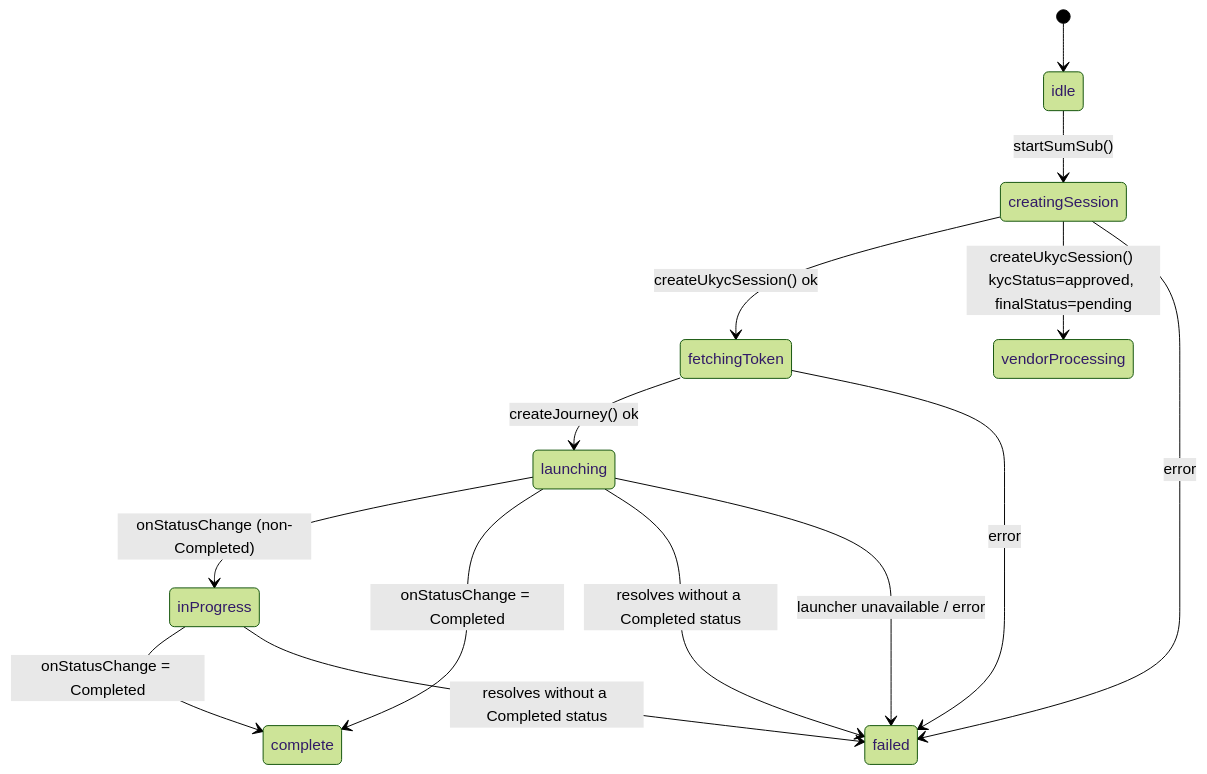
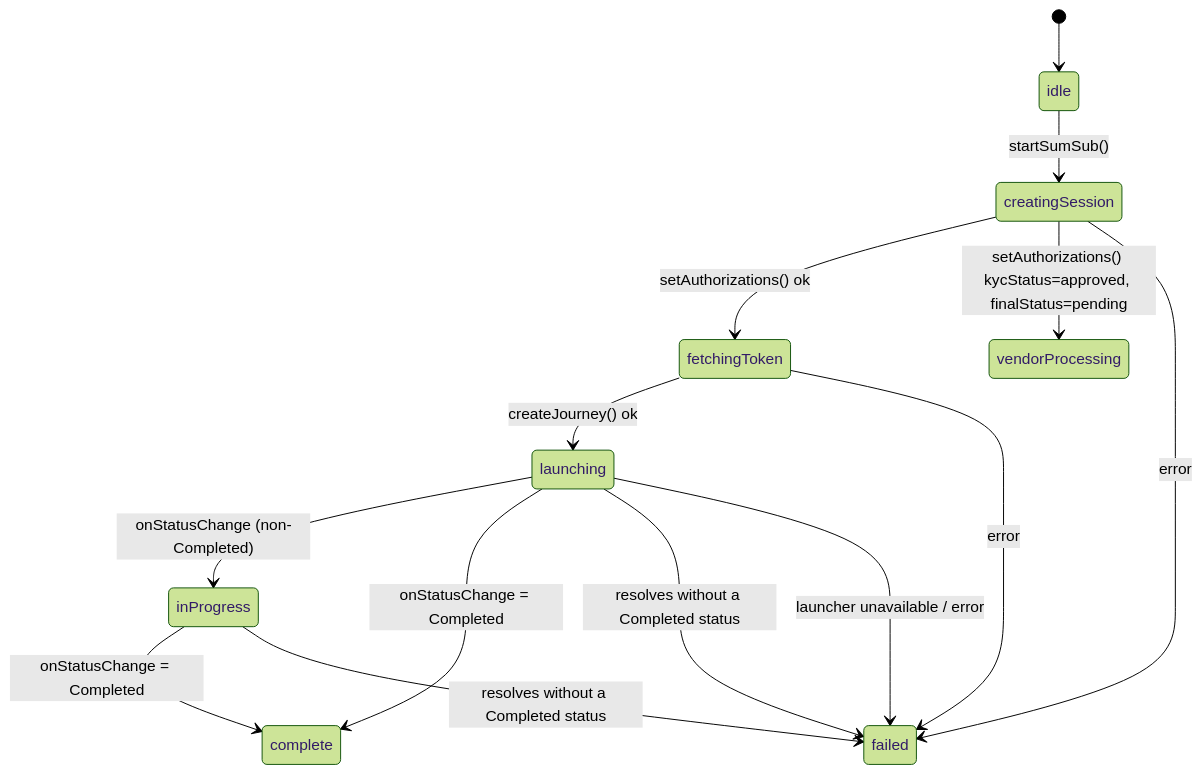
One commit to MetaMask/core changed the seventh of 10 diagrams in packages/kyc-controller/ARCHITECTURE.md. Above: the diagram before and after it, drawn with Mermaid (forest theme). The commit also changed other lines of this file and 11 other files, not shown here.

````diff
--- a/packages/kyc-controller/ARCHITECTURE.md
+++ b/packages/kyc-controller/ARCHITECTURE.md
@@ -461,16 +465,16 @@
 ```mermaid
 stateDiagram-v2
     [*] --> idle
     idle --> creatingSession : startSumSub()
-    creatingSession --> fetchingToken : createUkycSession() ok
-    creatingSession --> vendorProcessing : createUkycSession() kycStatus=approved, finalStatus=pending
+    creatingSession --> fetchingToken : setAuthorizations() ok
+    creatingSession --> vendorProcessing : setAuthorizations() kycStatus=approved, finalStatus=pending
     fetchingToken --> launching : createJourney() ok
     launching --> inProgress : onStatusChange (non-Completed)
     launching --> complete : onStatusChange = Completed
     inProgress --> complete : onStatusChange = Completed
     launching --> failed : resolves without a Completed status
     inProgress --> failed : resolves without a Completed status
     creatingSession --> failed : error
     fetchingToken --> failed : error
     launching --> failed : launcher unavailable / error
 ```
````
